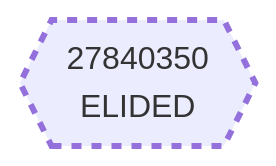
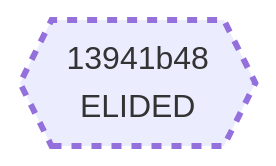
One commit to BlockchainCommons/WIPs-IETF-draft-envelope changed the diagram in images/mermaid/elided_case.mermaid. Above: the diagram before and after it, drawn with Mermaid. The commit also changed 26 other files, not shown here.

```diff
--- a/images/mermaid/elided_case.mermaid
+++ b/images/mermaid/elided_case.mermaid
@@ -1,3 +1,3 @@
 graph LR
-    1{{"27840350<br/>ELIDED"}}
+    1{{"13941b48<br/>ELIDED"}}
     style 1 stroke-width:3.0px,stroke-dasharray:5.0 5.0
```
